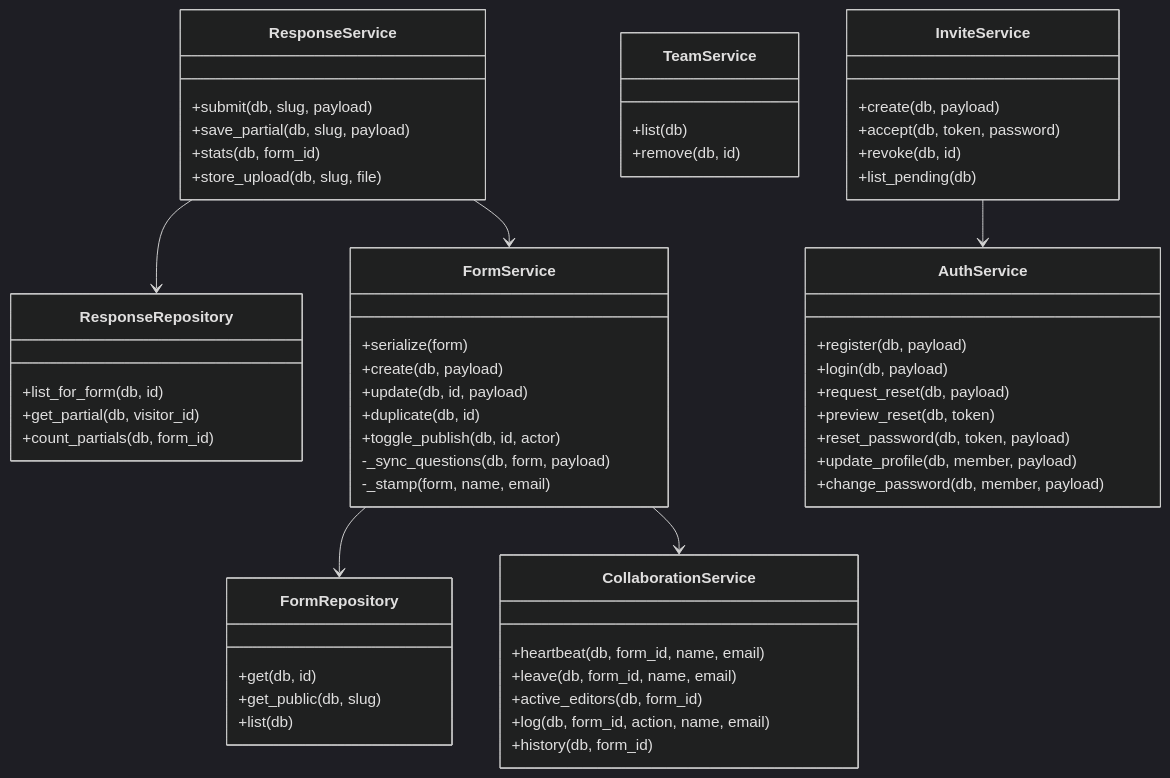
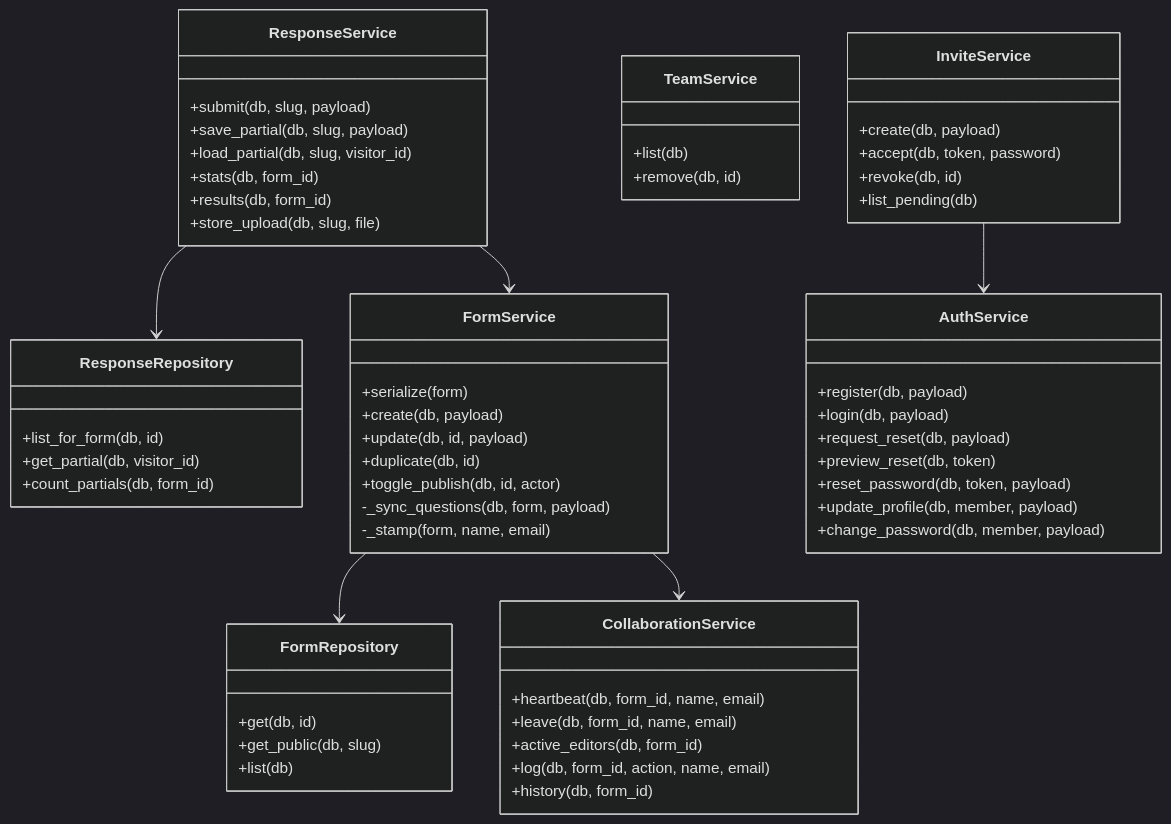
One commit to ruthwikkakumani/formly changed the second of 3 diagrams in docs/diagrams/class-uml.md. Above: the diagram before and after it, drawn with Mermaid (dark theme). The commit also changed 28 other files, not shown here.

````diff
--- a/docs/diagrams/class-uml.md
+++ b/docs/diagrams/class-uml.md
@@ -104,59 +104,61 @@
 ```mermaid
 classDiagram
   class FormRepository {
     +get(db, id)
     +get_public(db, slug)
     +list(db)
   }
   class ResponseRepository {
     +list_for_form(db, id)
     +get_partial(db, visitor_id)
     +count_partials(db, form_id)
   }
   class FormService {
     +serialize(form)
     +create(db, payload)
     +update(db, id, payload)
     +duplicate(db, id)
     +toggle_publish(db, id, actor)
     -_sync_questions(db, form, payload)
     -_stamp(form, name, email)
   }
   class CollaborationService {
     +heartbeat(db, form_id, name, email)
     +leave(db, form_id, name, email)
     +active_editors(db, form_id)
     +log(db, form_id, action, name, email)
     +history(db, form_id)
   }
   class ResponseService {
     +submit(db, slug, payload)
     +save_partial(db, slug, payload)
+    +load_partial(db, slug, visitor_id)
     +stats(db, form_id)
+    +results(db, form_id)
     +store_upload(db, slug, file)
   }
   class TeamService {
     +list(db)
     +remove(db, id)
   }
   class AuthService {
     +register(db, payload)
     +login(db, payload)
     +request_reset(db, payload)
     +preview_reset(db, token)
     +reset_password(db, token, payload)
     +update_profile(db, member, payload)
     +change_password(db, member, payload)
   }
   class InviteService {
     +create(db, payload)
     +accept(db, token, password)
     +revoke(db, id)
     +list_pending(db)
   }
   FormService --> FormRepository
   FormService --> CollaborationService
   ResponseService --> FormService
   ResponseService --> ResponseRepository
   InviteService --> AuthService
 ```
````
